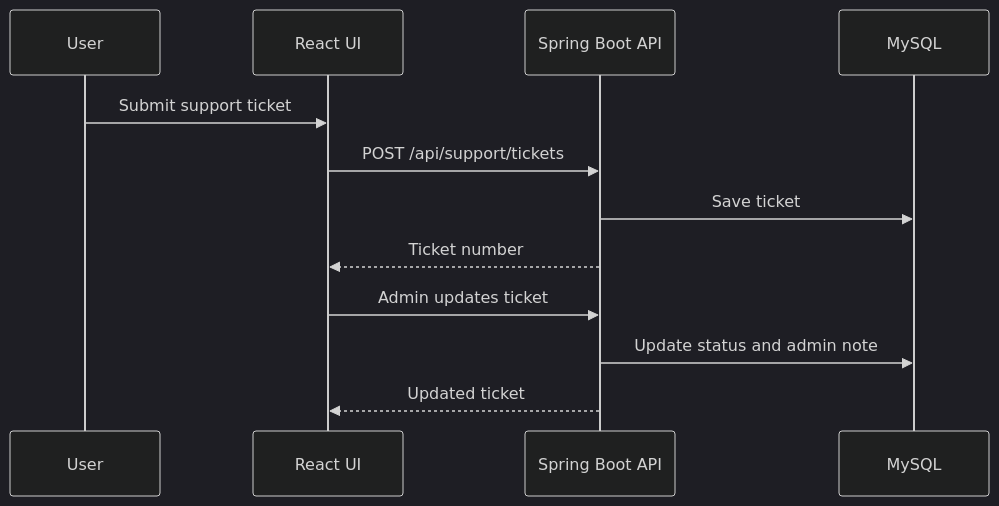
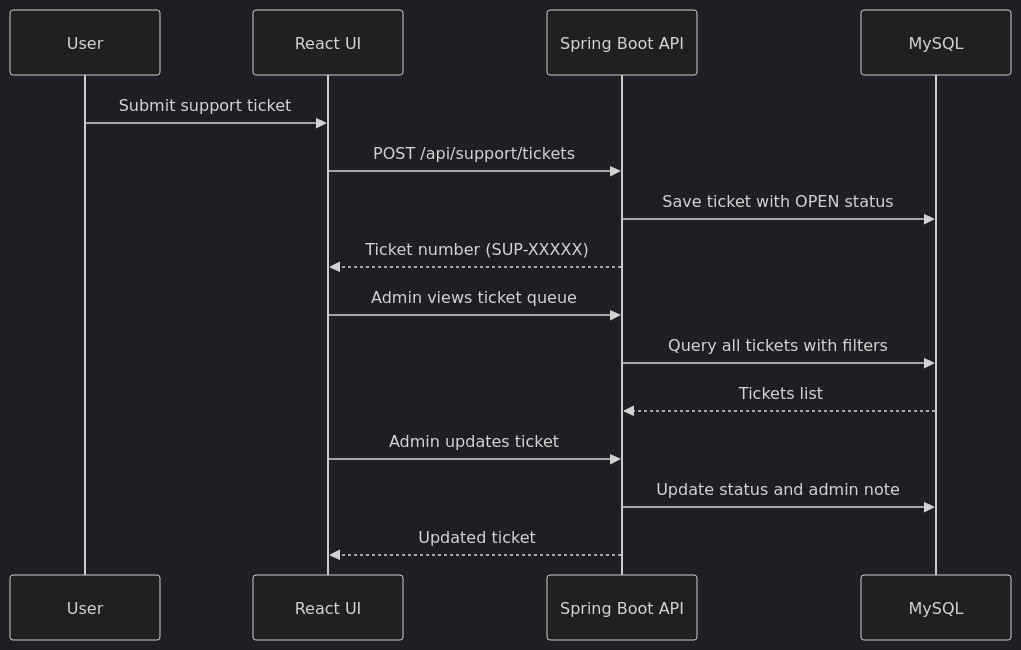
The eighth of 12 diagrams in WORKFLOW.md (annnuuupam/NexCart), drawn with Mermaid (dark theme) before and after one commit. The commit also changed other lines of this file and 41 other files, not shown here.

````diff
--- a/WORKFLOW.md
+++ b/WORKFLOW.md
@@ -107,16 +141,19 @@
 ```mermaid
 sequenceDiagram
   participant U as User
   participant FE as React UI
   participant BE as Spring Boot API
   participant DB as MySQL
 
   U->>FE: Submit support ticket
   FE->>BE: POST /api/support/tickets
-  BE->>DB: Save ticket
-  BE-->>FE: Ticket number
+  BE->>DB: Save ticket with OPEN status
+  BE-->>FE: Ticket number (SUP-XXXXX)
 
+  FE->>BE: Admin views ticket queue
+  BE->>DB: Query all tickets with filters
+  DB-->>BE: Tickets list
   FE->>BE: Admin updates ticket
   BE->>DB: Update status and admin note
   BE-->>FE: Updated ticket
 ```
````
